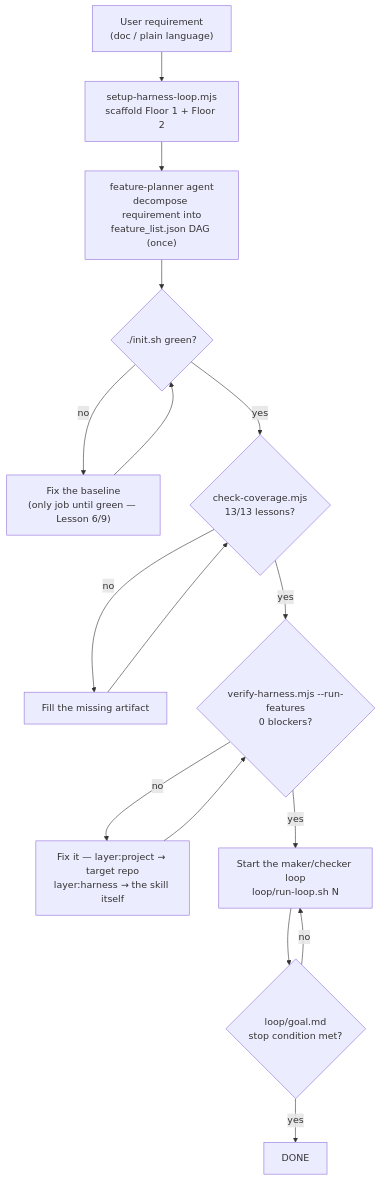
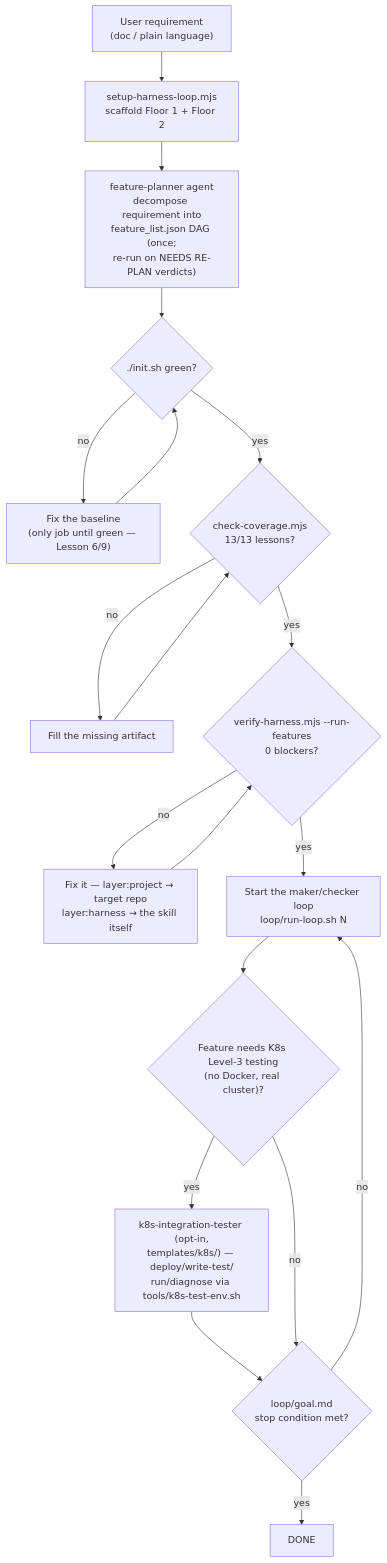
Before and after one commit to truonghedspi/harness: the first of 4 diagrams in harness-loop/references/workflow-diagram.md, drawn with Mermaid. The commit also changed other lines of this file and 189 other files, not shown here.

````diff
--- a/harness-loop/references/workflow-diagram.md
+++ b/harness-loop/references/workflow-diagram.md
@@ -13,18 +13,21 @@
 ```mermaid
 flowchart TD
     A["User requirement\n(doc / plain language)"] --> B["setup-harness-loop.mjs\nscaffold Floor 1 + Floor 2"]
-    B --> C["feature-planner agent\ndecompose requirement into\nfeature_list.json DAG (once)"]
+    B --> C["feature-planner agent\ndecompose requirement into\nfeature_list.json DAG (once;\nre-run on NEEDS RE-PLAN verdicts)"]
     C --> D{"./init.sh green?"}
     D -- no --> D1["Fix the baseline\n(only job until green — Lesson 6/9)"]
     D1 --> D
     D -- yes --> E{"check-coverage.mjs\n13/13 lessons?"}
     E -- no --> E1["Fill the missing artifact"]
     E1 --> E
     E -- yes --> F{"verify-harness.mjs --run-features\n0 blockers?"}
     F -- no --> F1["Fix it — layer:project → target repo\nlayer:harness → the skill itself"]
     F1 --> F
     F -- yes --> G["Start the maker/checker loop\nloop/run-loop.sh N"]
-    G --> H{"loop/goal.md\nstop condition met?"}
+    G --> G2{"Feature needs K8s Level-3 testing\n(no Docker, real cluster)?"}
+    G2 -- yes --> G3["k8s-integration-tester (opt-in,\ntemplates/k8s/) — deploy/write-test/\nrun/diagnose via tools/k8s-test-env.sh"]
+    G3 --> H
+    G2 -- no --> H{"loop/goal.md\nstop condition met?"}
     H -- no --> G
     H -- yes --> I["DONE"]
 ```
````
